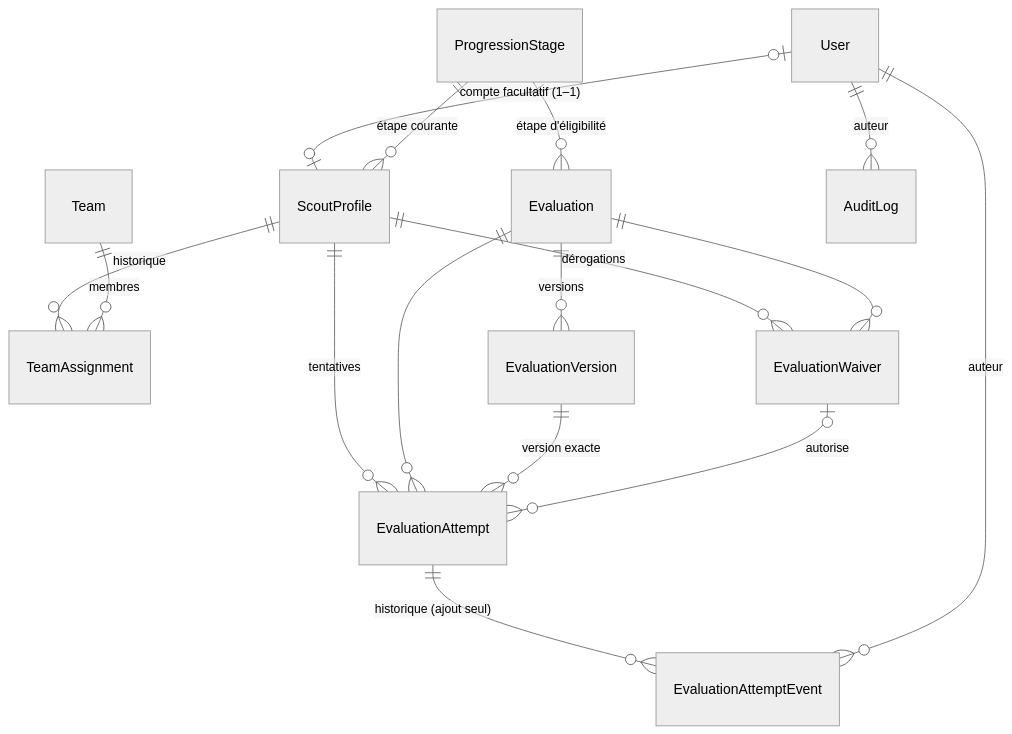
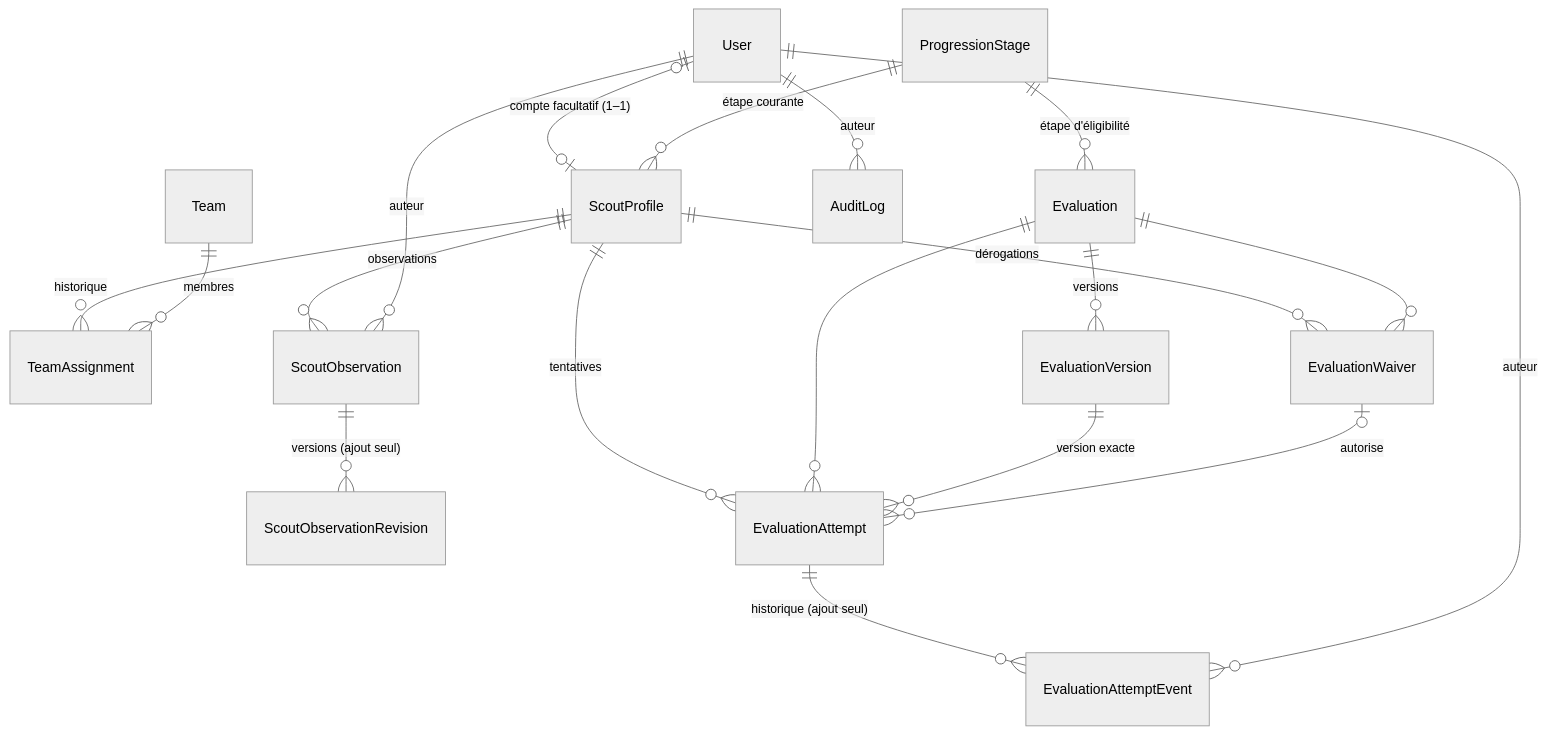
One commit to PaterneSeka1/tesla changed the diagram in docs/DATABASE.md. Above: the diagram before and after it, drawn with Mermaid (neutral theme). The commit also changed other lines of this file and 10 other files, not shown here.

````diff
--- a/docs/DATABASE.md
+++ b/docs/DATABASE.md
@@ -27,18 +29,21 @@
 ```mermaid
 erDiagram
   User |o--o| ScoutProfile : "compte facultatif (1–1)"
   ProgressionStage ||--o{ ScoutProfile : "étape courante"
   ProgressionStage ||--o{ Evaluation : "étape d'éligibilité"
   ScoutProfile ||--o{ TeamAssignment : historique
+  ScoutProfile ||--o{ ScoutObservation : observations
+  ScoutObservation ||--o{ ScoutObservationRevision : "versions (ajout seul)"
+  User ||--o{ ScoutObservation : auteur
   Team ||--o{ TeamAssignment : membres
   Evaluation ||--o{ EvaluationVersion : versions
   ScoutProfile ||--o{ EvaluationAttempt : tentatives
   Evaluation ||--o{ EvaluationAttempt : ""
   EvaluationVersion ||--o{ EvaluationAttempt : "version exacte"
   EvaluationAttempt ||--o{ EvaluationAttemptEvent : "historique (ajout seul)"
   ScoutProfile ||--o{ EvaluationWaiver : dérogations
   Evaluation ||--o{ EvaluationWaiver : ""
   EvaluationWaiver |o--o{ EvaluationAttempt : "autorise"
   User ||--o{ EvaluationAttemptEvent : auteur
   User ||--o{ AuditLog : auteur
 ```
````
